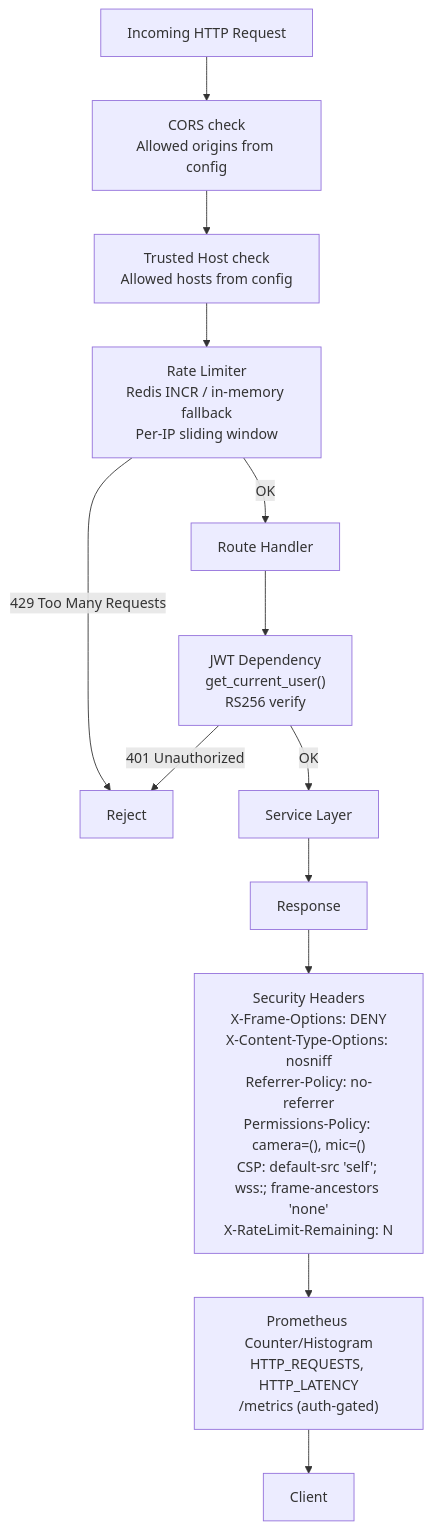
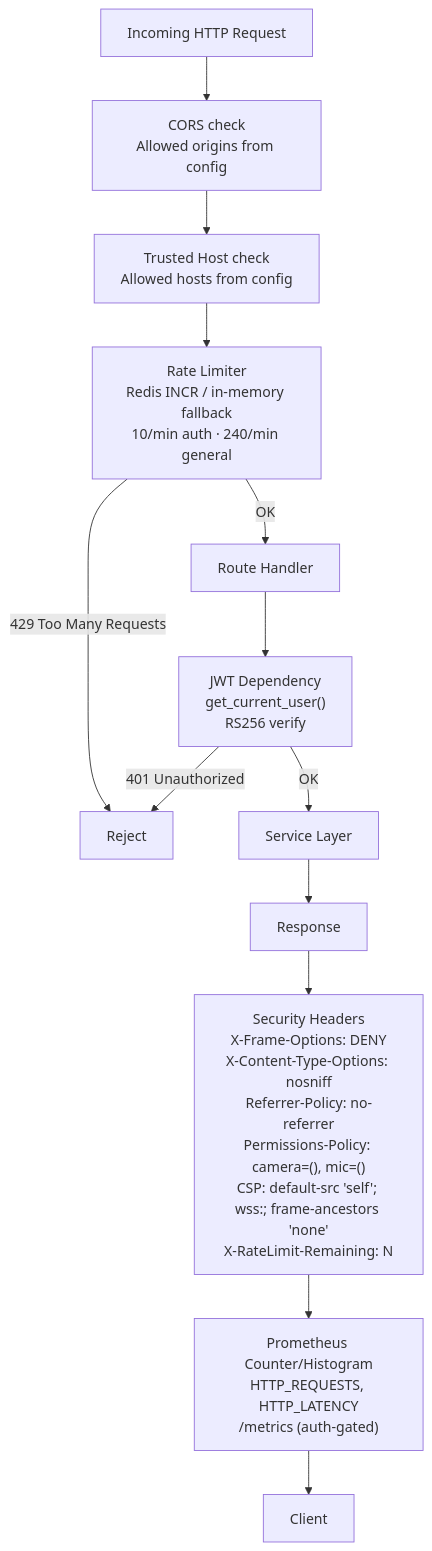
Before and after one commit to BugHunterX2101/quantumsentinel-web: the sixth of 6 diagrams in README.md, drawn with Mermaid. The commit also changed other lines of this file and 3 other files, not shown here.

````diff
--- a/README.md
+++ b/README.md
@@ -368,15 +372,15 @@
 ```mermaid
 flowchart TD
     REQ["Incoming HTTP Request"] --> CORS["CORS check\nAllowed origins from config"]
     CORS --> HOST["Trusted Host check\nAllowed hosts from config"]
-    HOST --> RATE["Rate Limiter\nRedis INCR / in-memory fallback\nPer-IP sliding window"]
+    HOST --> RATE["Rate Limiter\nRedis INCR / in-memory fallback\n10/min auth · 240/min general"]
     RATE -->|"429 Too Many Requests"| REJECT["Reject"]
     RATE -->|"OK"| ROUTE["Route Handler"]
     ROUTE --> AUTH["JWT Dependency\nget_current_user()\nRS256 verify"]
     AUTH -->|"401 Unauthorized"| REJECT
     AUTH -->|"OK"| SVC["Service Layer"]
     SVC --> RESP["Response"]
     RESP --> HDR["Security Headers\nX-Frame-Options: DENY\nX-Content-Type-Options: nosniff\nReferrer-Policy: no-referrer\nPermissions-Policy: camera=(), mic=()\nCSP: default-src 'self'; wss:; frame-ancestors 'none'\nX-RateLimit-Remaining: N"]
     HDR --> METRICS["Prometheus Counter/Histogram\nHTTP_REQUESTS, HTTP_LATENCY\n/metrics (auth-gated)"]
     METRICS --> CLIENT["Client"]
 ```
````
